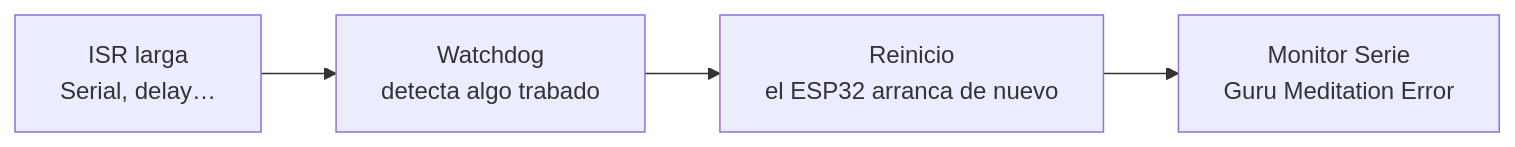
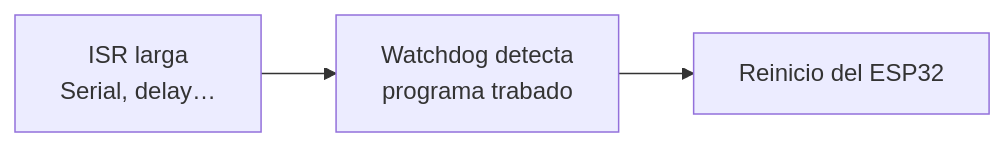
One commit to AlejandroTatum/sistemas-digitales-unl changed the fifth of 9 diagrams in unidad-1/apuntes/06-interrupciones-externas.md. Above: the diagram before and after it, drawn with Mermaid. The commit also changed other lines of this file and 16 other files, not shown here.

````diff
--- a/unidad-1/apuntes/06-interrupciones-externas.md
+++ b/unidad-1/apuntes/06-interrupciones-externas.md
@@ -151,6 +136,5 @@
 ```mermaid
 flowchart LR
-    A["ISR larga<br/>Serial, delay…"] --> B["Watchdog<br/>detecta algo trabado"]
-    B --> C["Reinicio<br/>el ESP32 arranca de nuevo"]
-    C --> D["Monitor Serie<br/>Guru Meditation Error"]
+    A["ISR larga<br/>Serial, delay…"] --> B["Watchdog detecta<br/>programa trabado"]
+    B --> C["Reinicio del ESP32"]
 ```
````
